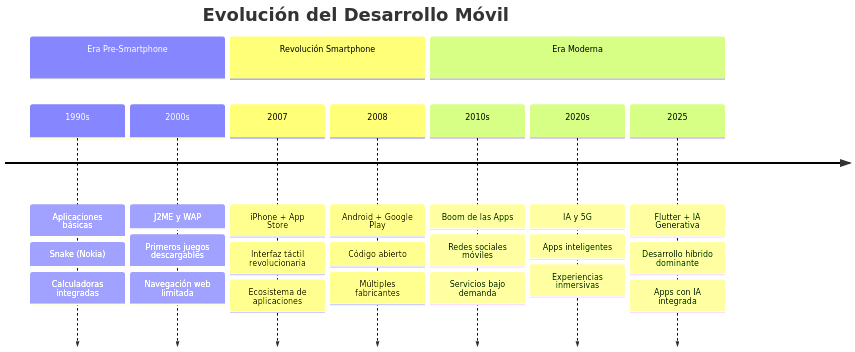
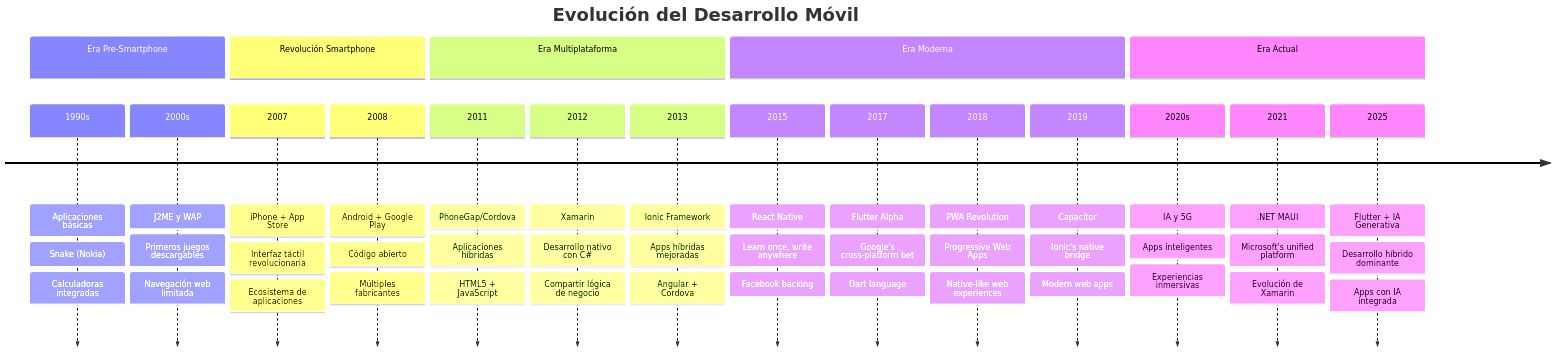
The first of 3 diagrams in UD1/readme.md (arodriguezgim/PMDM2526), drawn with Mermaid before and after one commit. The commit also changed other lines of this file and 1 other file, not shown here.

````diff
--- a/UD1/readme.md
+++ b/UD1/readme.md
@@ -38,35 +52,65 @@
 ```mermaid
 timeline
     title Evolución del Desarrollo Móvil
     
     section Era Pre-Smartphone
         1990s : Aplicaciones básicas
              : Snake (Nokia)
              : Calculadoras integradas
         
         2000s : J2ME y WAP
              : Primeros juegos descargables
              : Navegación web limitada
     
     section Revolución Smartphone
         2007 : iPhone + App Store
              : Interfaz táctil revolucionaria
              : Ecosistema de aplicaciones
         
         2008 : Android + Google Play
              : Código abierto
              : Múltiples fabricantes
     
+    section Era Multiplataforma
+        2011 : PhoneGap/Cordova
+             : Aplicaciones híbridas
+             : HTML5 + JavaScript
+        
+        2012 : Xamarin
+             : Desarrollo nativo con C#
+             : Compartir lógica de negocio
+        
+        2013 : Ionic Framework
+             : Apps híbridas mejoradas
+             : Angular + Cordova
+    
     section Era Moderna
-        2010s : Boom de las Apps
-             : Redes sociales móviles
-             : Servicios bajo demanda
+        2015 : React Native
+             : Learn once, write anywhere
+             : Facebook backing
         
+        2017 : Flutter Alpha
+             : Google's cross-platform bet
+             : Dart language
+        
+        2018 : PWA Revolution
+             : Progressive Web Apps
+             : Native-like web experiences
+        
+        2019 : Capacitor
+             : Ionic's native bridge
+             : Modern web apps
+    
+    section Era Actual
         2020s : IA y 5G
              : Apps inteligentes
              : Experiencias inmersivas
+        
+        2021 : .NET MAUI
+             : Microsoft's unified platform
+             : Evolución de Xamarin
         
         2025 : Flutter + IA Generativa
              : Desarrollo híbrido dominante
              : Apps con IA integrada
 ```
````
